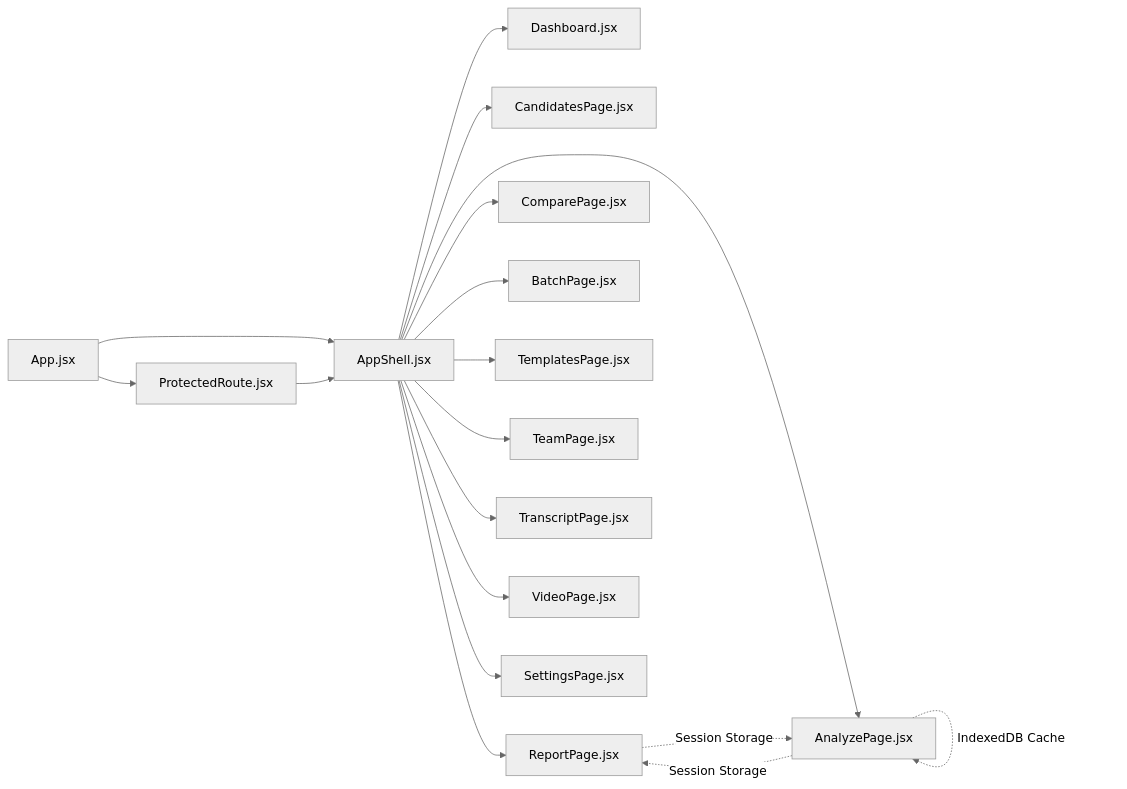
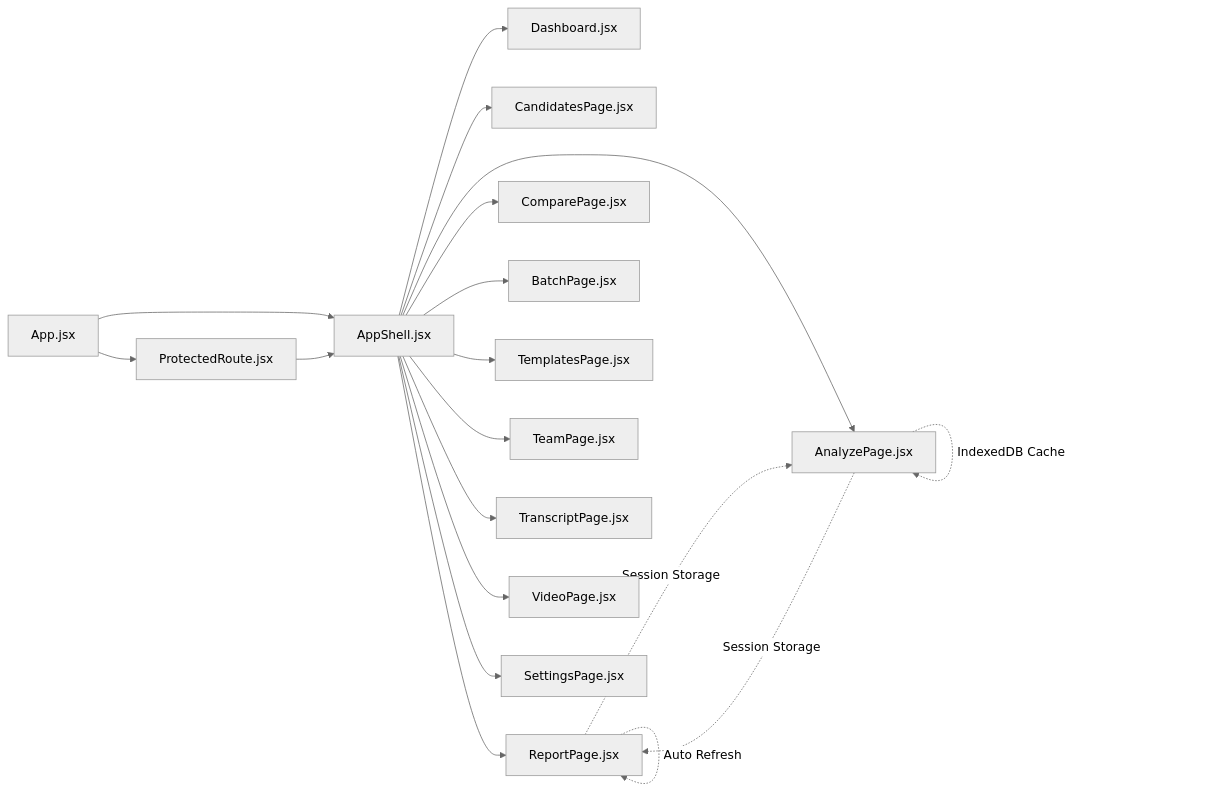
One commit to Revanththetalogics/aireume changed diagram 13 of 13 in .qoder/repowiki/en/content/Frontend Architecture/Page Structure.md. Above: the diagram before and after it, drawn with Mermaid (neutral theme). The commit also changed other lines of this file and 4 other files, not shown here.

````diff
--- a/.qoder/repowiki/en/content/Frontend Architecture/Page Structure.md
+++ b/.qoder/repowiki/en/content/Frontend Architecture/Page Structure.md
@@ -574,20 +592,21 @@
 ```mermaid
 graph LR
 App["App.jsx"] --> PR["ProtectedRoute.jsx"]
 App --> AS["AppShell.jsx"]
 PR --> AS
 AS --> Dash["Dashboard.jsx"]
 AS --> Cand["CandidatesPage.jsx"]
 AS --> Rep["ReportPage.jsx"]
 AS --> Comp["ComparePage.jsx"]
 AS --> Batch["BatchPage.jsx"]
 AS --> Temp["TemplatesPage.jsx"]
 AS --> Team["TeamPage.jsx"]
 AS --> Trans["TranscriptPage.jsx"]
 AS --> Vid["VideoPage.jsx"]
 AS --> Set["SettingsPage.jsx"]
 AS --> Ana["AnalyzePage.jsx"]
 Ana -.->|"Session Storage"| Rep
 Rep -.->|"Session Storage"| Ana
 Ana -.->|"IndexedDB Cache"| Ana
+Rep -.->|"Auto Refresh"| Rep
 ```
````
